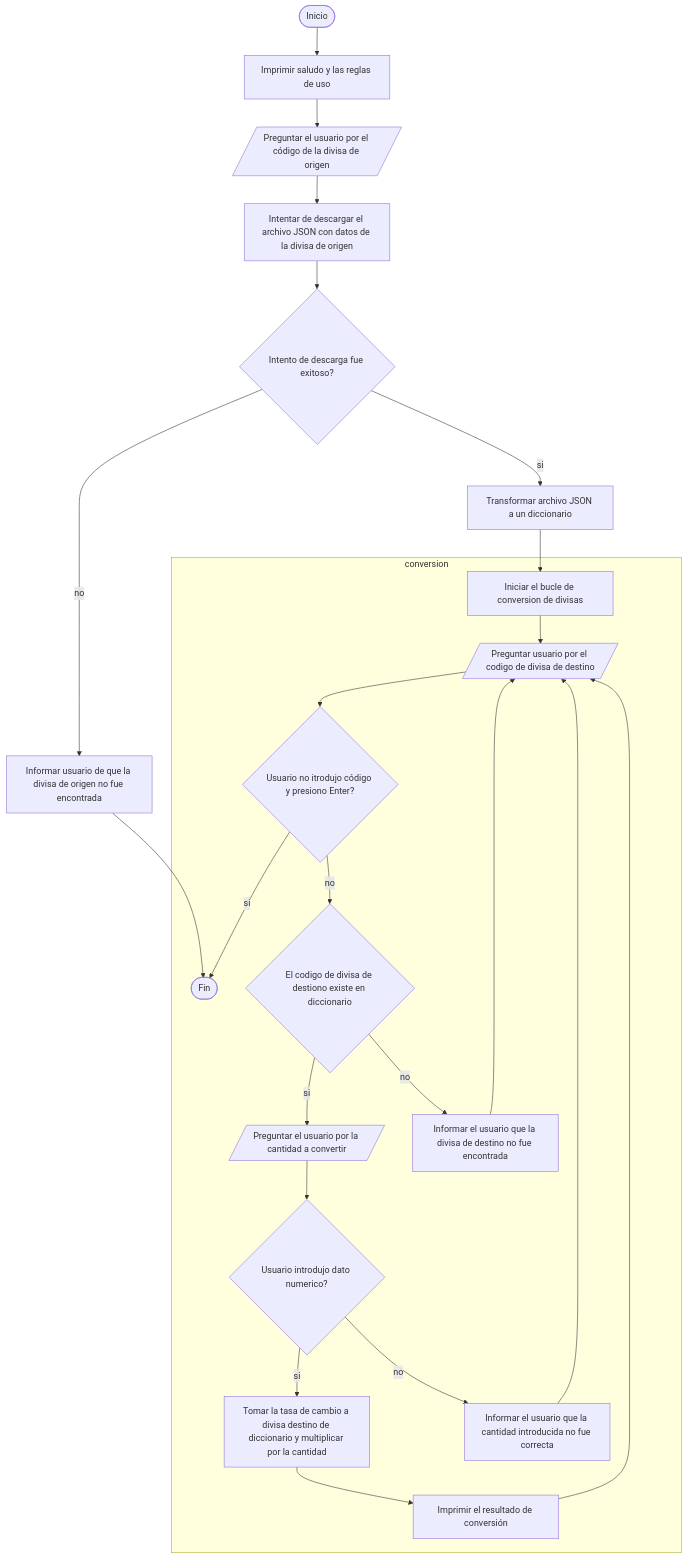
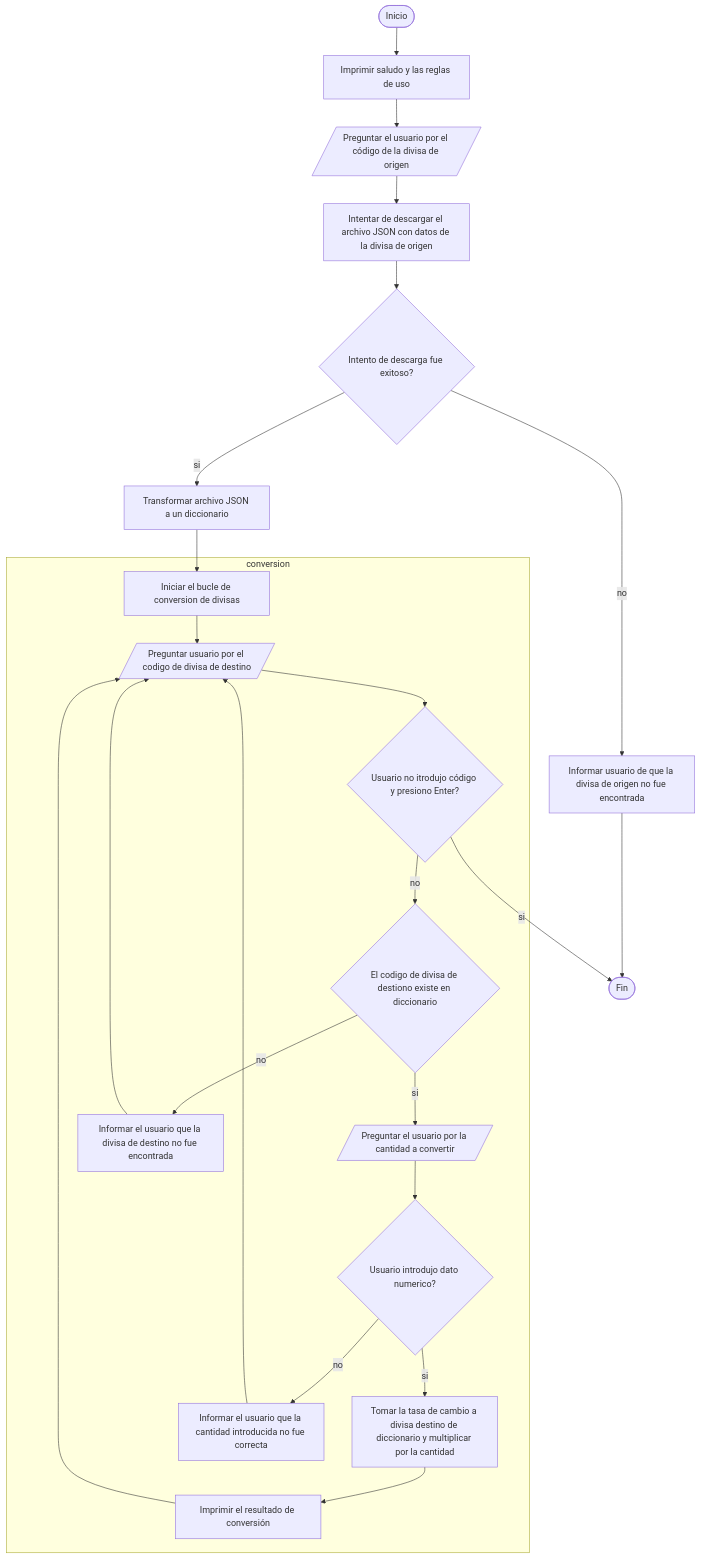
One commit to vshalisko/PythonIntro changed the diagram in Unidad_2/Proyecto_Convertidor_divisas_algoritmo.mermaid. Above: the diagram before and after it, drawn with Mermaid.

```diff
--- a/Unidad_2/Proyecto_Convertidor_divisas_algoritmo.mermaid
+++ b/Unidad_2/Proyecto_Convertidor_divisas_algoritmo.mermaid
@@ -1,31 +1,32 @@
 flowchart TD
 
 A([Inicio]) --> B
 B[Imprimir saludo y las reglas de uso] --> C
 C[/Preguntar el usuario por el código de la divisa de origen/] --> D
 D[Intentar de descargar el archivo JSON con datos de la divisa de origen] --> E
 E{Intento de descarga fue exitoso?} -- si --> F
 E -- no --> G
 G[Informar usuario de que la divisa de origen no fue encontrada] --> Z
 
 F[Transformar archivo JSON a un diccionario] --> H
 
 subgraph conversion
 H[Iniciar el bucle de conversion de divisas] --> I
 I[/Preguntar usuario por el codigo de divisa de destino/] --> J
-J{Usuario no itrodujo código y presiono Enter?} -- si --> Z
-J -- no --> K
+J{Usuario no itrodujo código y presiono Enter?} -- no --> K
 K{El codigo de divisa de destiono existe en diccionario} -- si --> L
 K -- no --> M
 M[Informar el usuario que la divisa de destino no fue encontrada] --> I
 
 L[/Preguntar el usuario por la cantidad a convertir/] --> N
 N{Usuario introdujo dato numerico?} -- si --> O
 N -- no --> P
 P[Informar el usuario que la cantidad introducida no fue correcta] --> I
 
 O[Tomar la tasa de cambio a divisa destino de diccionario y multiplicar por la cantidad] --> Q
 Q[Imprimir el resultado de conversión] --> I
 end
 
+J -- si --> Z
+
 Z([Fin])
```
